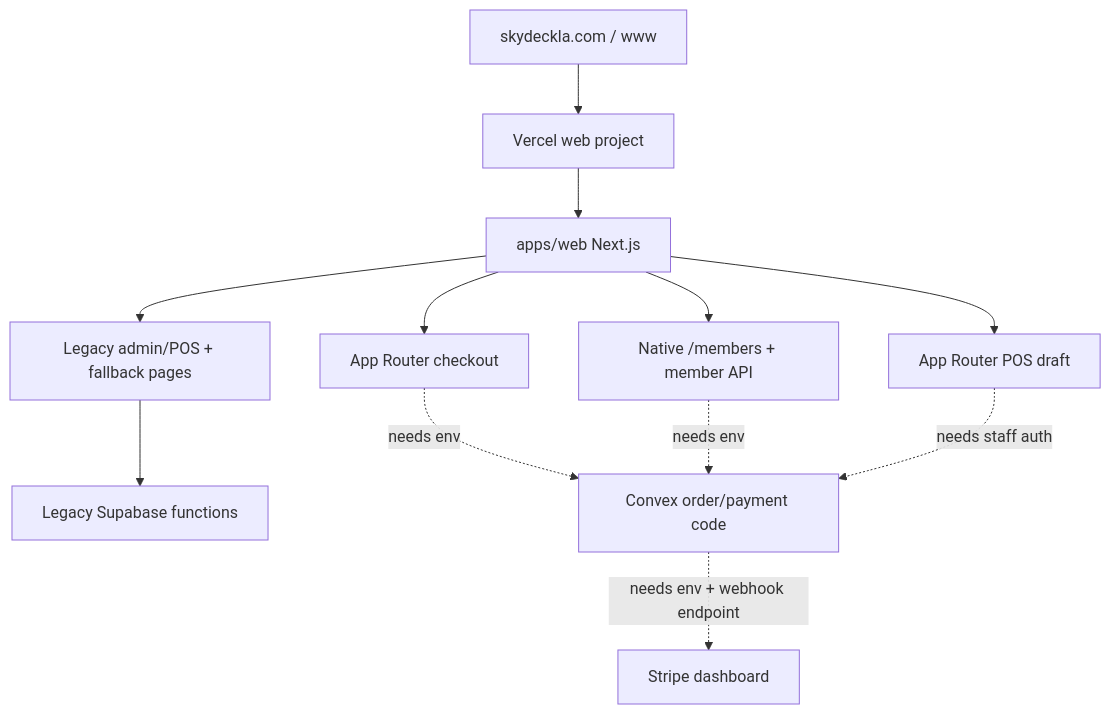
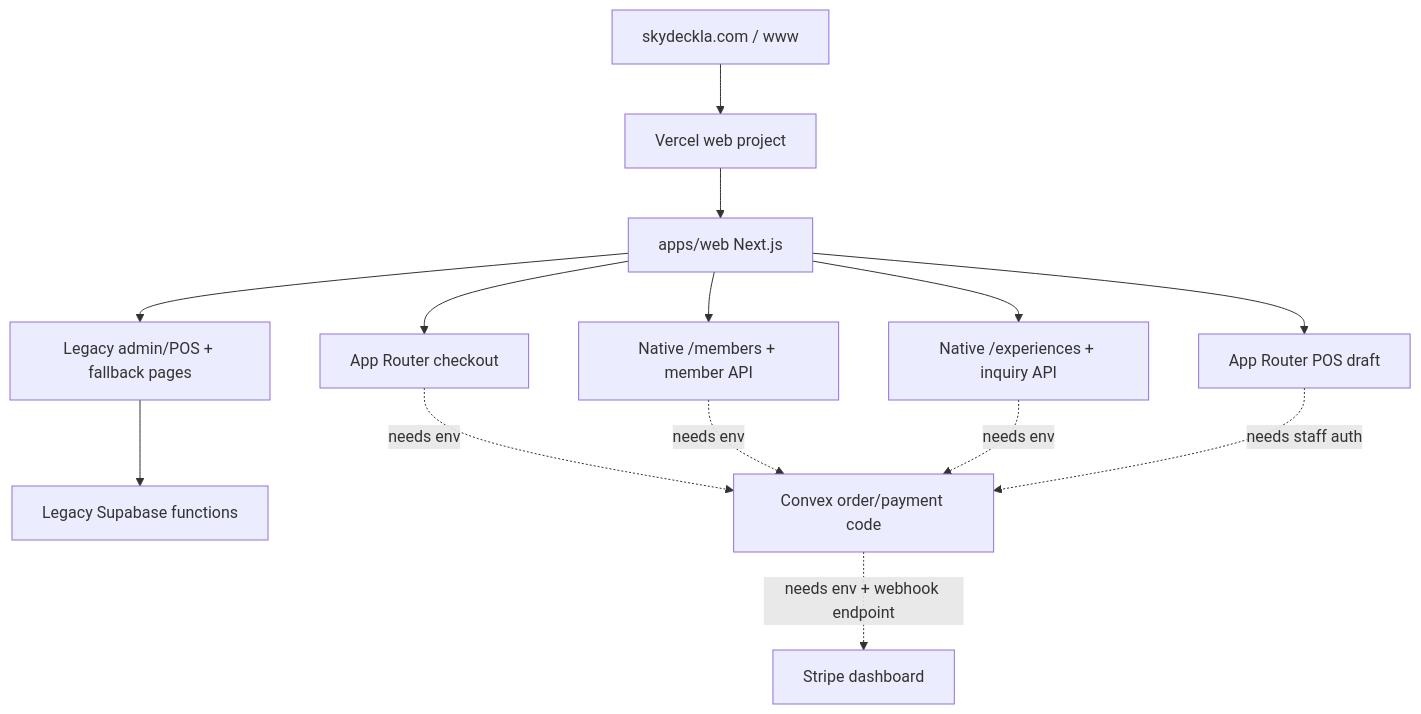
Before and after one commit to junyengit/skyla: the diagram in docs/runbooks/production-readiness-checklist.md, drawn with Mermaid. The commit also changed other lines of this file and 23 other files, not shown here.

````diff
--- a/docs/runbooks/production-readiness-checklist.md
+++ b/docs/runbooks/production-readiness-checklist.md
@@ -96,22 +101,25 @@
 ```mermaid
 flowchart TD
   domain["skydeckla.com / www"]
   vercel["Vercel web project"]
   next["apps/web Next.js"]
   checkout["App Router checkout"]
   members["Native /members + member API"]
+  experiences["Native /experiences + inquiry API"]
   posNext["App Router POS draft"]
   legacy["Legacy admin/POS + fallback pages"]
   supabase["Legacy Supabase functions"]
   convex["Convex order/payment code"]
   stripe["Stripe dashboard"]
 
   domain --> vercel --> next --> checkout
   next --> members
+  next --> experiences
   next --> posNext
   next --> legacy --> supabase
   checkout -. "needs env" .-> convex
   members -. "needs env" .-> convex
+  experiences -. "needs env" .-> convex
   posNext -. "needs staff auth" .-> convex
   convex -. "needs env + webhook endpoint" .-> stripe
 ```
````
